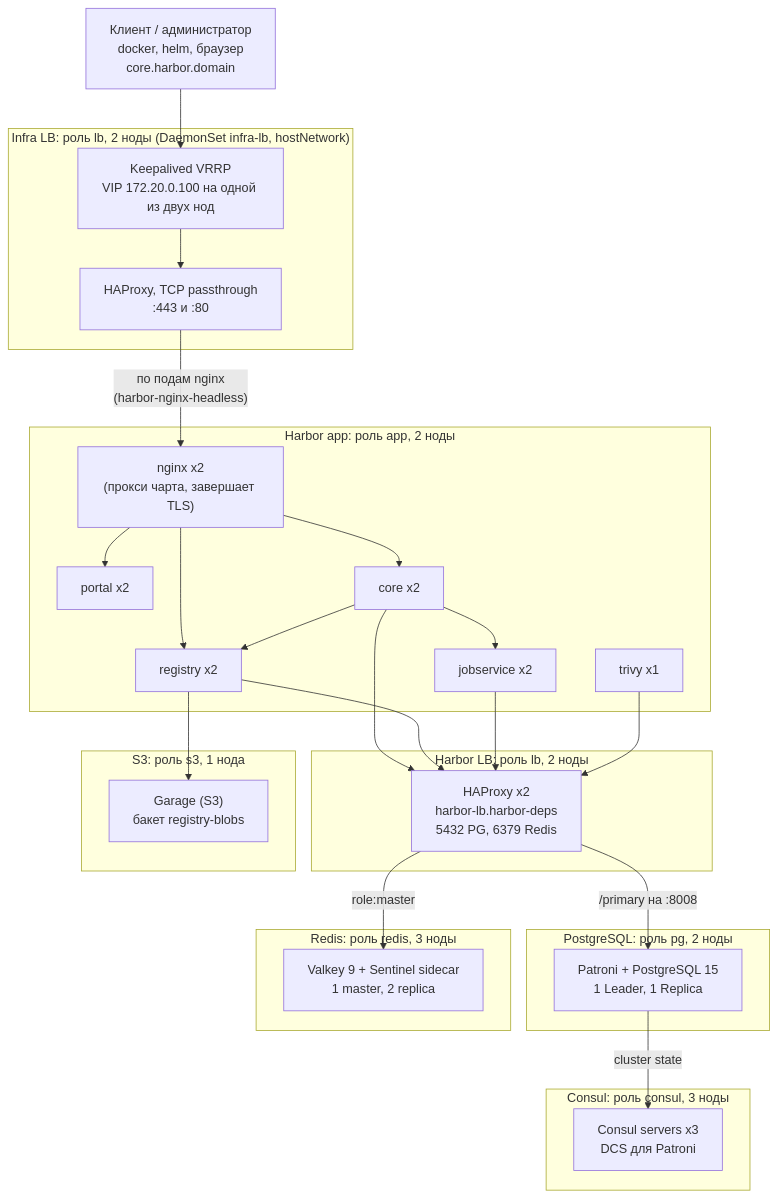
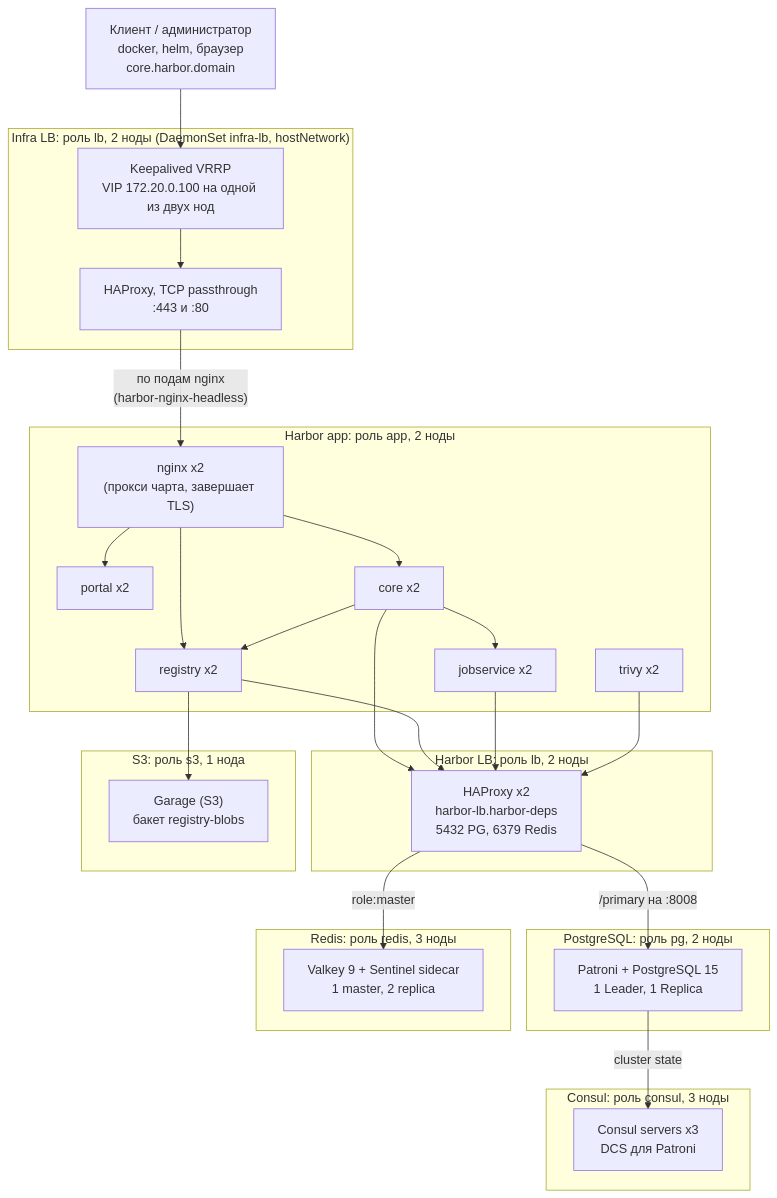
One commit to it255ru/harbor-prod-mirror-on-kind changed the diagram in docs/stand-topology.md. Above: the diagram before and after it, drawn with Mermaid. The commit also changed other lines of this file and 11 other files, not shown here.

````diff
--- a/docs/stand-topology.md
+++ b/docs/stand-topology.md
@@ -16,54 +16,54 @@
 ```mermaid
 flowchart TB
     client["Клиент / администратор<br/>docker, helm, браузер<br/>core.harbor.domain"]
 
     subgraph infra["Infra LB: роль lb, 2 ноды (DaemonSet infra-lb, hostNetwork)"]
         vip["Keepalived VRRP<br/>VIP 172.20.0.100 на одной из двух нод"]
         infrahap["HAProxy, TCP passthrough<br/>:443 и :80"]
     end
 
     subgraph app["Harbor app: роль app, 2 ноды"]
         nginx["nginx x2<br/>(прокси чарта, завершает TLS)"]
         portal["portal x2"]
         core["core x2"]
         registry["registry x2"]
         jobs["jobservice x2"]
-        trivy["trivy x1"]
+        trivy["trivy x2"]
     end
 
     subgraph hlb["Harbor LB: роль lb, 2 ноды"]
         haproxy["HAProxy x2<br/>harbor-lb.harbor-deps<br/>5432 PG, 6379 Redis"]
     end
 
     subgraph pgs["PostgreSQL: роль pg, 2 ноды"]
         pg["Patroni + PostgreSQL 15<br/>1 Leader, 1 Replica"]
     end
 
     subgraph rds["Redis: роль redis, 3 ноды"]
         redis["Valkey 9 + Sentinel sidecar<br/>1 master, 2 replica"]
     end
 
     subgraph cons["Consul: роль consul, 3 ноды"]
         consul["Consul servers x3<br/>DCS для Patroni"]
     end
 
     subgraph s3n["S3: роль s3, 1 нода"]
         s3["Garage (S3)<br/>бакет registry-blobs"]
     end
 
     client --> vip --> infrahap
     infrahap -- "по подам nginx<br/>(harbor-nginx-headless)" --> nginx
     nginx --> portal
     nginx --> core
     nginx --> registry
     core --> registry
     core --> jobs
     core --> haproxy
     registry --> s3
     registry --> haproxy
     jobs --> haproxy
     trivy --> haproxy
     haproxy -- "/primary на :8008" --> pg
     haproxy -- "role:master" --> redis
     pg -- "cluster state" --> consul
 ```
````
